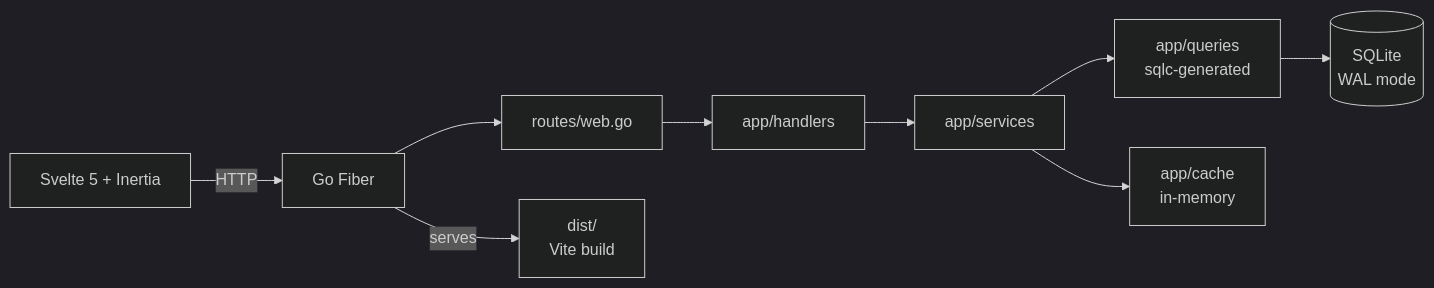
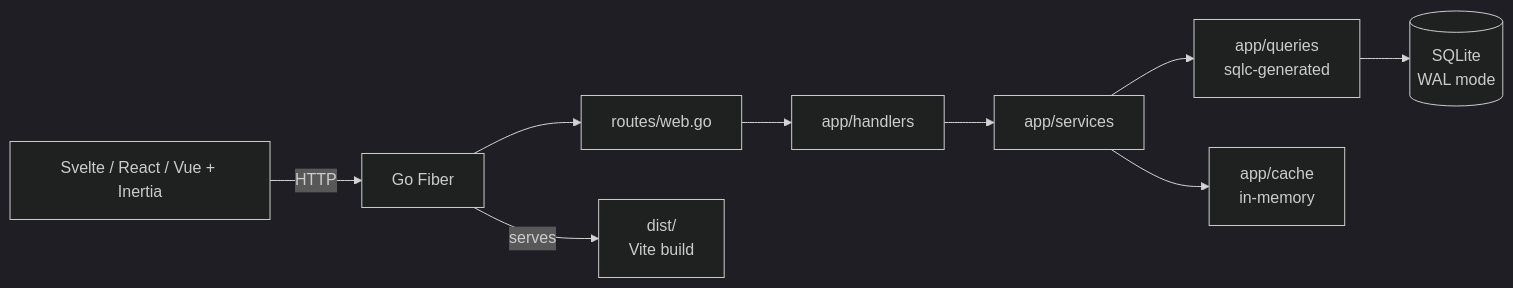
Before and after one commit to maulanashalihin/laju-go: the diagram in site/src/content/docs/getting-started/introduction.mdx, drawn with Mermaid (dark theme). The commit also changed other lines of this file and 7 other files, not shown here.

First line of the commit message:
docs: update all docs for multi-template support (Svelte/React/Vue)

````diff
--- a/site/src/content/docs/getting-started/introduction.mdx
+++ b/site/src/content/docs/getting-started/introduction.mdx
@@ -49,11 +49,11 @@
 ```mermaid
 flowchart LR
-    Browser[Svelte 5 + Inertia] -->|HTTP| Fiber[Go Fiber]
+    Browser[Svelte / React / Vue + Inertia] -->|HTTP| Fiber[Go Fiber]
     Fiber --> Routes[routes/web.go]
     Routes --> Handlers[app/handlers]
     Handlers --> Services[app/services]
     Services --> Queries[app/queries\nsqlc-generated]
     Services --> Cache[app/cache\nin-memory]
     Queries --> SQLite[(SQLite\nWAL mode)]
     Fiber -->|serves| Dist[dist/\nVite build]
 ```
````
